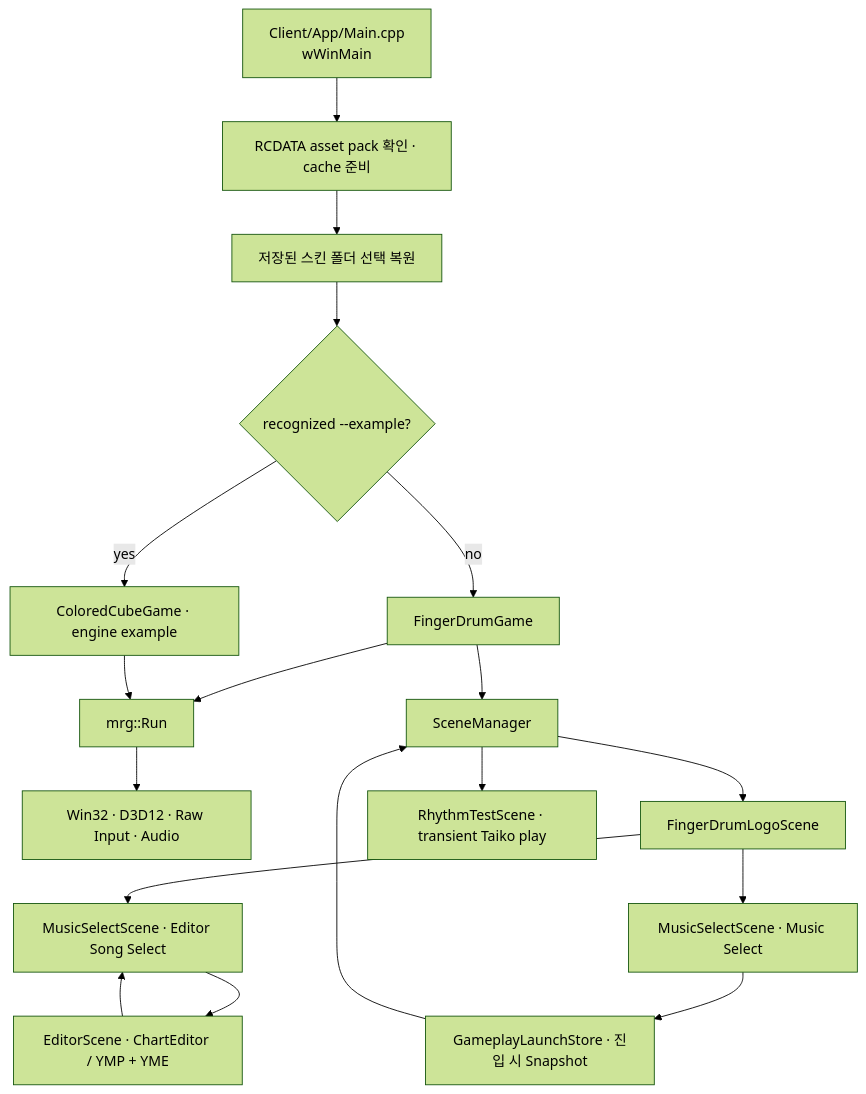
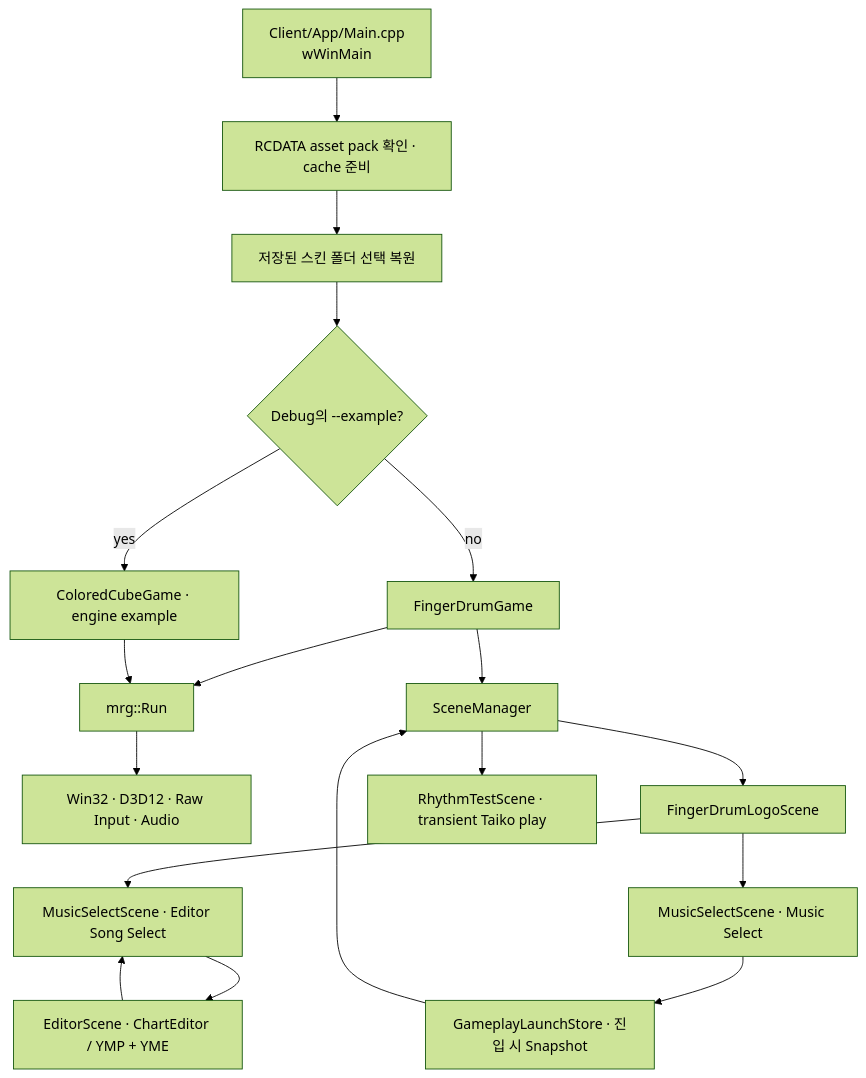
The diagram in Docs/ExecutionFlow.md (4dblackhole/MyRhythmGame-Client), drawn with Mermaid (forest theme) before and after one commit. The commit also changed other lines of this file and 12 other files, not shown here.

````diff
--- a/Docs/ExecutionFlow.md
+++ b/Docs/ExecutionFlow.md
@@ -6,20 +6,20 @@
 ```mermaid
 flowchart TD
     Entry["Client/App/Main.cpp\nwWinMain"] --> Assets["RCDATA asset pack 확인 · cache 준비"]
     Assets --> Skin["저장된 스킨 폴더 선택 복원"]
-    Skin --> Route{"recognized --example?"}
+    Skin --> Route{"Debug의 --example?"}
     Route -->|"no"| Game["FingerDrumGame"]
     Route -->|"yes"| Example["ColoredCubeGame · engine example"]
     Game --> Run["mrg::Run"]
     Example --> Run
     Run --> Systems["Win32 · D3D12 · Raw Input · Audio"]
     Game --> Manager["SceneManager"]
     Manager --> Logo["FingerDrumLogoScene"]
     Logo --> Lobby["MusicSelectScene · Music Select"]
     Logo --> EditorSelect["MusicSelectScene · Editor Song Select"]
     EditorSelect --> Editor["EditorScene · ChartEditor / YMP + YME"]
     Editor --> EditorSelect
     Lobby --> Request["GameplayLaunchStore · 진입 시 Snapshot"]
     Request --> Manager
     Manager --> Test["RhythmTestScene · transient Taiko play"]
 ```
````
